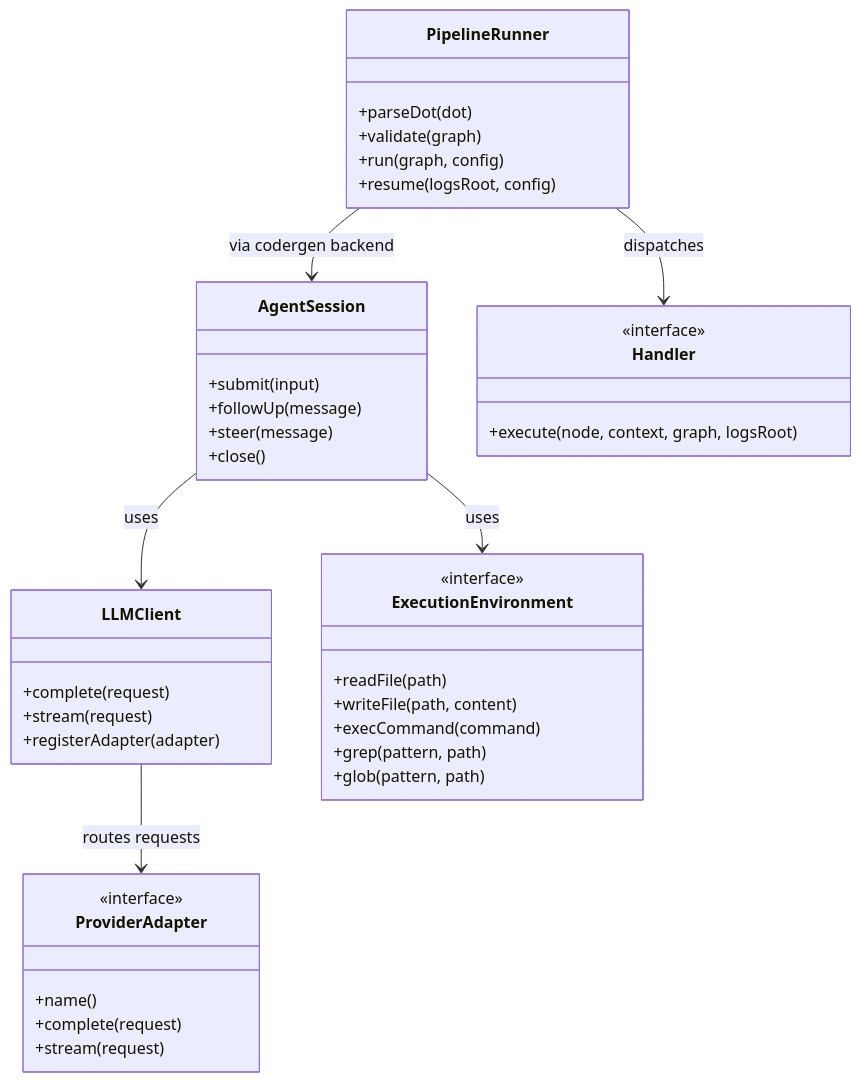
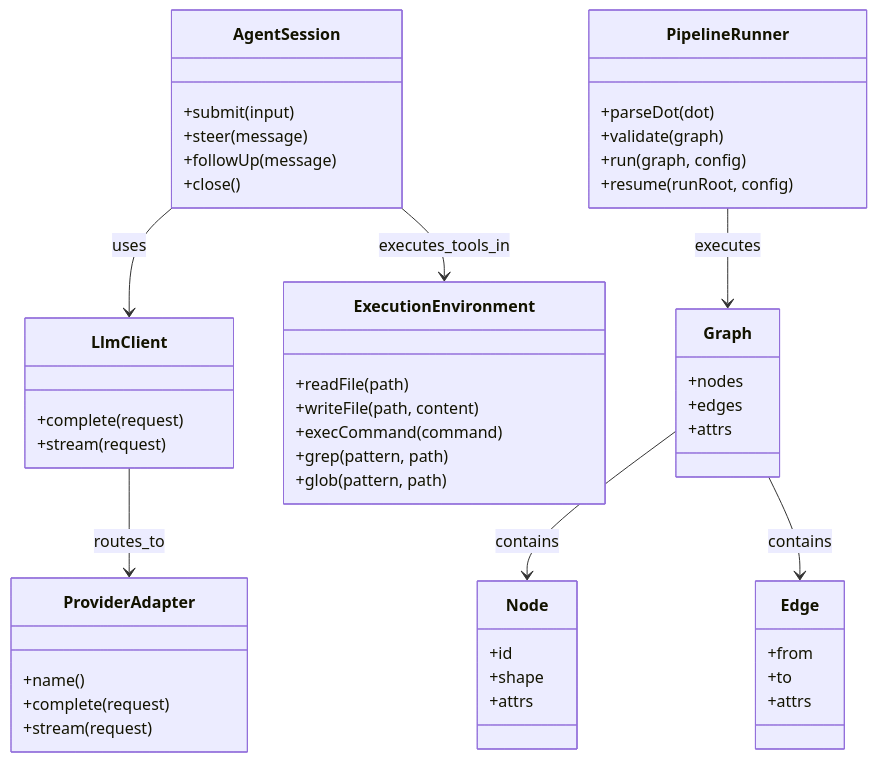
Before and after one commit to jaytaylor/attractor-php: the first of 5 diagrams in docs/sprints/SPRINT-001-comprehensive-implementation-plan.md, drawn with Mermaid. The commit also changed other lines of this file, not shown here.

````diff
--- a/docs/sprints/SPRINT-001-comprehensive-implementation-plan.md
+++ b/docs/sprints/SPRINT-001-comprehensive-implementation-plan.md
@@ -488,49 +466,60 @@
 ```mermaid
 classDiagram
-    class LLMClient {
+    class LlmClient {
       +complete(request)
       +stream(request)
-      +registerAdapter(adapter)
     }
 
     class ProviderAdapter {
-      <<interface>>
       +name()
       +complete(request)
       +stream(request)
     }
 
     class AgentSession {
       +submit(input)
+      +steer(message)
       +followUp(message)
-      +steer(message)
       +close()
     }
 
     class ExecutionEnvironment {
-      <<interface>>
       +readFile(path)
       +writeFile(path, content)
       +execCommand(command)
       +grep(pattern, path)
       +glob(pattern, path)
     }
 
     class PipelineRunner {
       +parseDot(dot)
       +validate(graph)
       +run(graph, config)
-      +resume(logsRoot, config)
+      +resume(runRoot, config)
     }
 
-    class Handler {
-      <<interface>>
-      +execute(node, context, graph, logsRoot)
+    class Graph {
+      +nodes
+      +edges
+      +attrs
     }
 
-    LLMClient --> ProviderAdapter : routes requests
-    AgentSession --> LLMClient : uses
-    AgentSession --> ExecutionEnvironment : uses
-    PipelineRunner --> Handler : dispatches
-    PipelineRunner --> AgentSession : via codergen backend
+    class Node {
+      +id
+      +shape
+      +attrs
+    }
+
+    class Edge {
+      +from
+      +to
+      +attrs
+    }
+
+    LlmClient --> ProviderAdapter : routes_to
+    AgentSession --> LlmClient : uses
+    AgentSession --> ExecutionEnvironment : executes_tools_in
+    PipelineRunner --> Graph : executes
+    Graph --> Node : contains
+    Graph --> Edge : contains
 ```
````
